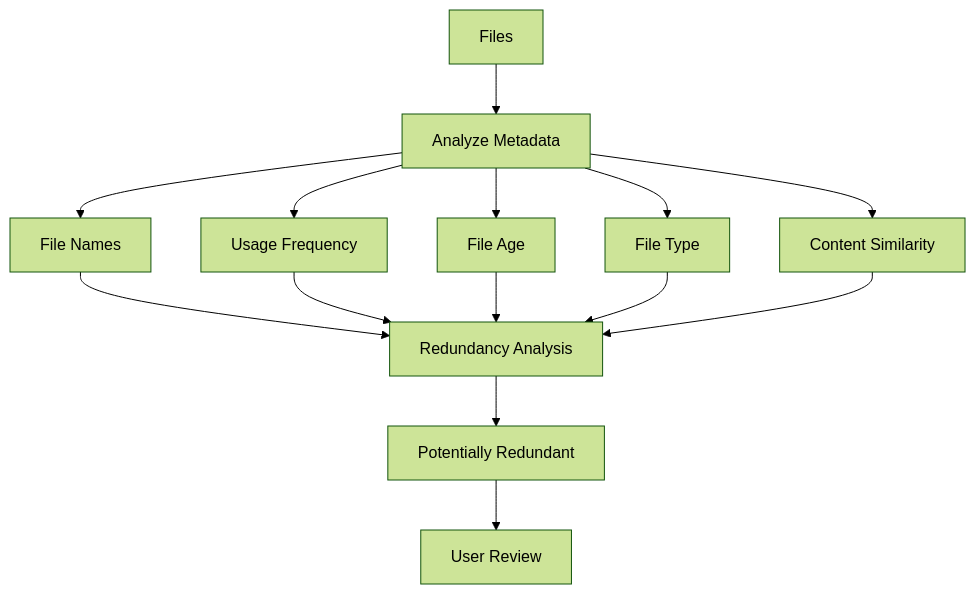
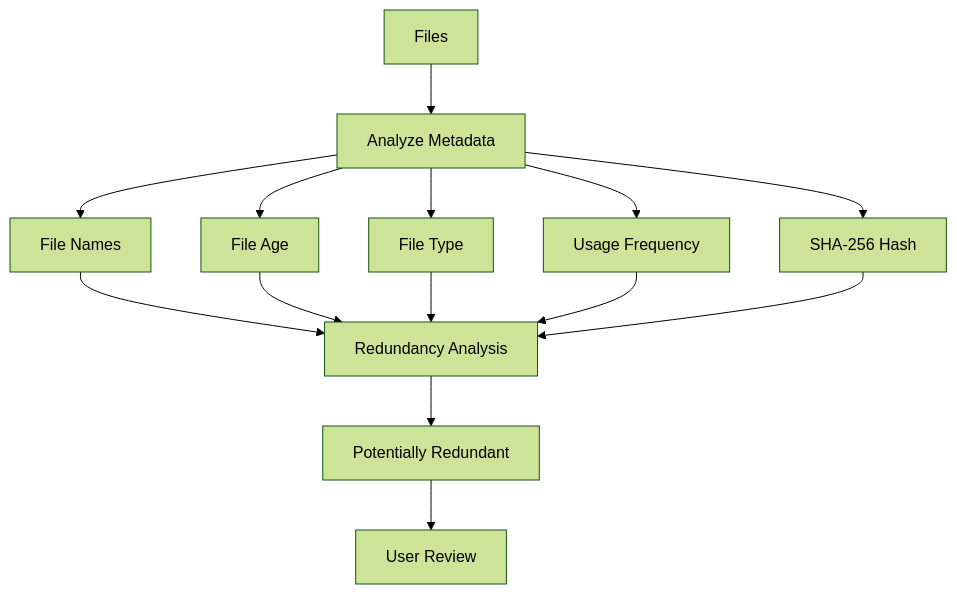
The tenth of 13 diagrams in README.md (khushi10-coder/OS-PROJECT), drawn with Mermaid (forest theme) before and after one commit. The commit also changed other lines of this file, not shown here.

````diff
--- a/README.md
+++ b/README.md
@@ -364,18 +529,19 @@
 ```mermaid
 flowchart TD
     A["Files"] --> B["Analyze Metadata"]
+
     B --> C["File Names"]
-    B --> D["Usage Frequency"]
-    B --> E["File Age"]
-    B --> F["File Type"]
-    B --> G["Content Similarity"]
+    B --> D["File Age"]
+    B --> E["File Type"]
+    B --> F["Usage Frequency"]
+    B --> G["SHA-256 Hash"]
 
     C --> H["Redundancy Analysis"]
     D --> H
     E --> H
     F --> H
     G --> H
 
     H --> I["Potentially Redundant"]
     I --> J["User Review"]
 ```
````
